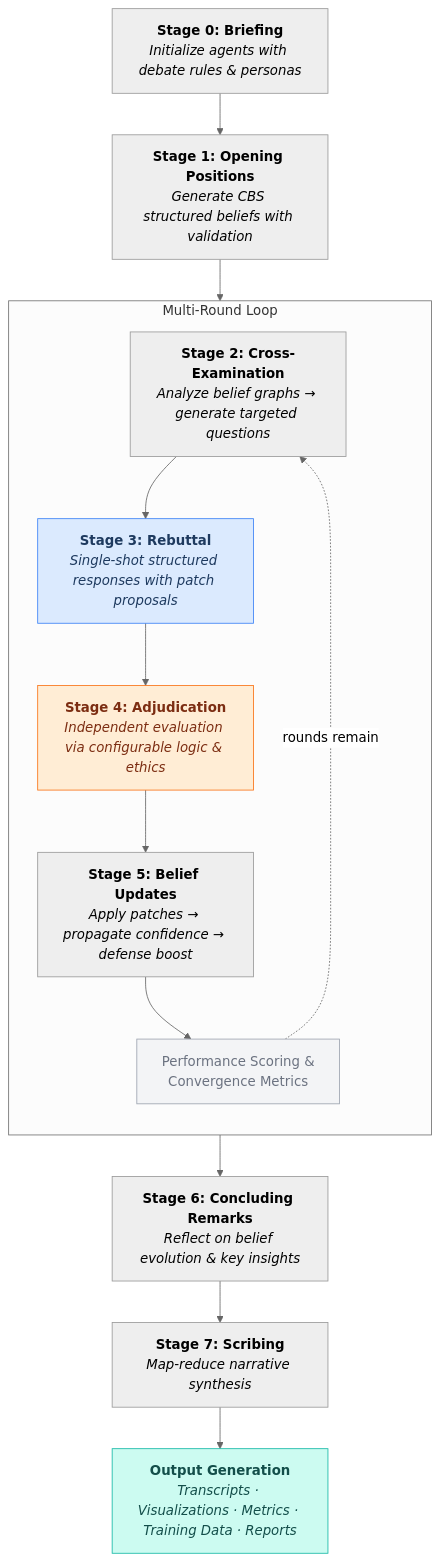
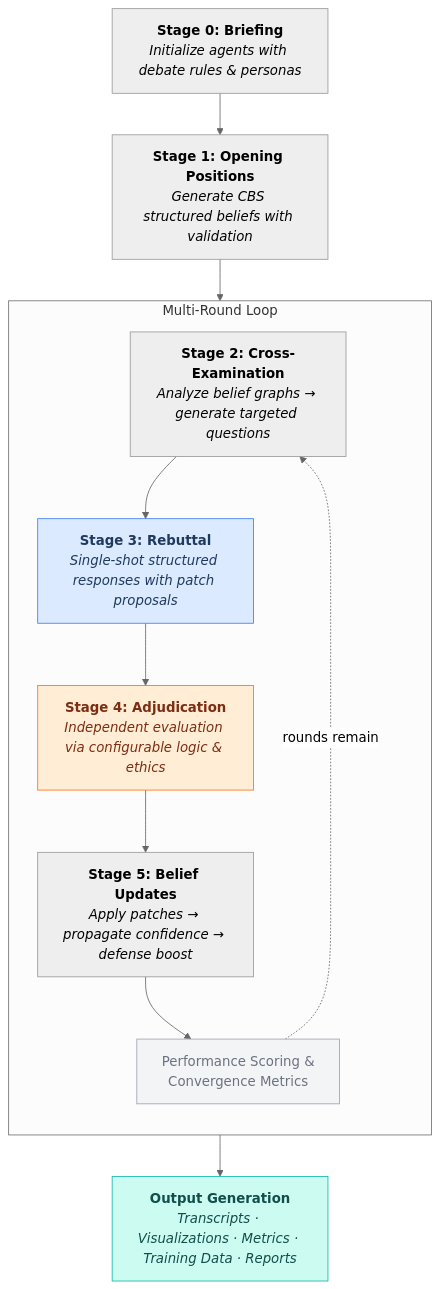
The diagram in README.md (GdKent/CHAL), drawn with Mermaid (neutral theme) before and after one commit. The commit also changed other lines of this file and 40 other files, not shown here.

Commit message:
Removed Stage 6 (closing remarks) and Stage 7 (Scribe). Fixed minor bugs.

````diff
--- a/README.md
+++ b/README.md
@@ -171,32 +171,30 @@
 ```mermaid
 flowchart TD
     S0["<b>Stage 0: Briefing</b><br/><i>Initialize agents with debate rules & personas</i>"]
     S1["<b>Stage 1: Opening Positions</b><br/><i>Generate CBS structured beliefs with validation</i>"]
 
     S0 --> S1
     S1 --> LOOP
 
     subgraph LOOP ["Multi-Round Loop"]
         direction TB
         S2["<b>Stage 2: Cross-Examination</b><br/><i>Analyze belief graphs → generate targeted questions</i>"]
 
         S2 --> S3["<b>Stage 3: Rebuttal</b><br/><i>Single-shot structured responses with patch proposals</i>"]
 
         S3 --> S4["<b>Stage 4: Adjudication</b><br/><i>Independent evaluation via configurable logic & ethics</i>"]
 
         S4 --> S5["<b>Stage 5: Belief Updates</b><br/><i>Apply patches → propagate confidence → defense boost</i>"]
 
         S5 --> METRICS["Performance Scoring &<br/>Convergence Metrics"]
 
         METRICS -.->|"rounds remain"| S2
     end
 
-    LOOP --> S6["<b>Stage 6: Concluding Remarks</b><br/><i>Reflect on belief evolution & key insights</i>"]
-    S6 --> S7["<b>Stage 7: Scribing</b><br/><i>Map-reduce narrative synthesis</i>"]
-    S7 --> OUT["<b>Output Generation</b><br/><i>Transcripts · Visualizations · Metrics · Training Data · Reports</i>"]
+    LOOP --> OUT["<b>Output Generation</b><br/><i>Transcripts · Visualizations · Metrics · Training Data · Reports</i>"]
 
     style S3 fill:#dbeafe,stroke:#3b82f6,color:#1e3a5f
     style S4 fill:#ffedd5,stroke:#f97316,color:#7c2d12
     style METRICS fill:#f3f4f6,stroke:#9ca3af,color:#6b7280
     style OUT fill:#ccfbf1,stroke:#14b8a6,color:#134e4a
 ```
````
